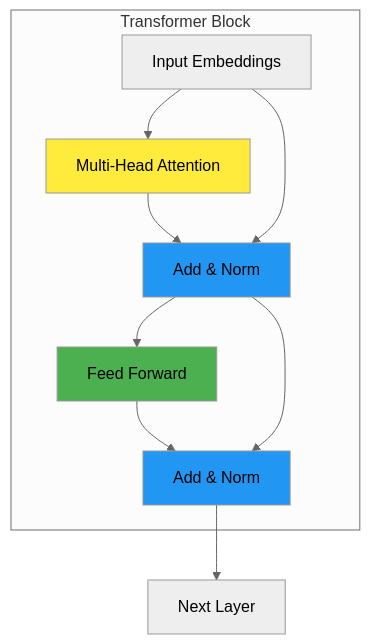
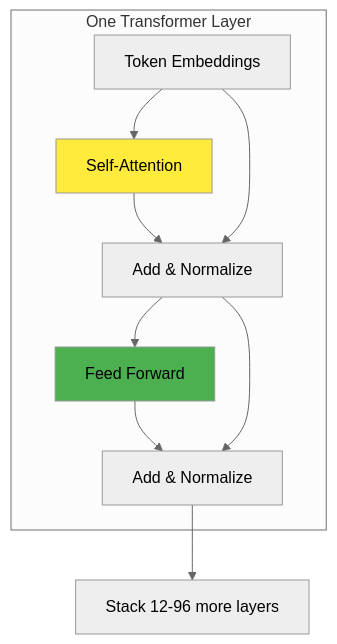
The second of 3 diagrams in src_slides/slides.md (twardoch/twardoch-is-coding), drawn with Mermaid (neutral theme) before and after one commit. The commit also changed other lines of this file and 12 other files, not shown here.

````diff
--- a/src_slides/slides.md
+++ b/src_slides/slides.md
@@ -122,18 +138,16 @@
 ```mermaid
 graph TB
-    subgraph "Transformer Block"
-        A[Input Embeddings] --> B[Multi-Head Attention]
-        B --> C[Add & Norm]
+    subgraph "One Transformer Layer"
+        A[Token Embeddings] --> B[Self-Attention]
+        B --> C[Add & Normalize]
         A --> C
         C --> D[Feed Forward]
-        D --> E[Add & Norm]
+        D --> E[Add & Normalize]
         C --> E
     end
     
-    E --> F[Next Layer]
+    E --> F[Stack 12-96 more layers]
     
     style B fill:#ffeb3b
     style D fill:#4caf50
-    style C fill:#2196f3
-    style E fill:#2196f3
 ```
````
